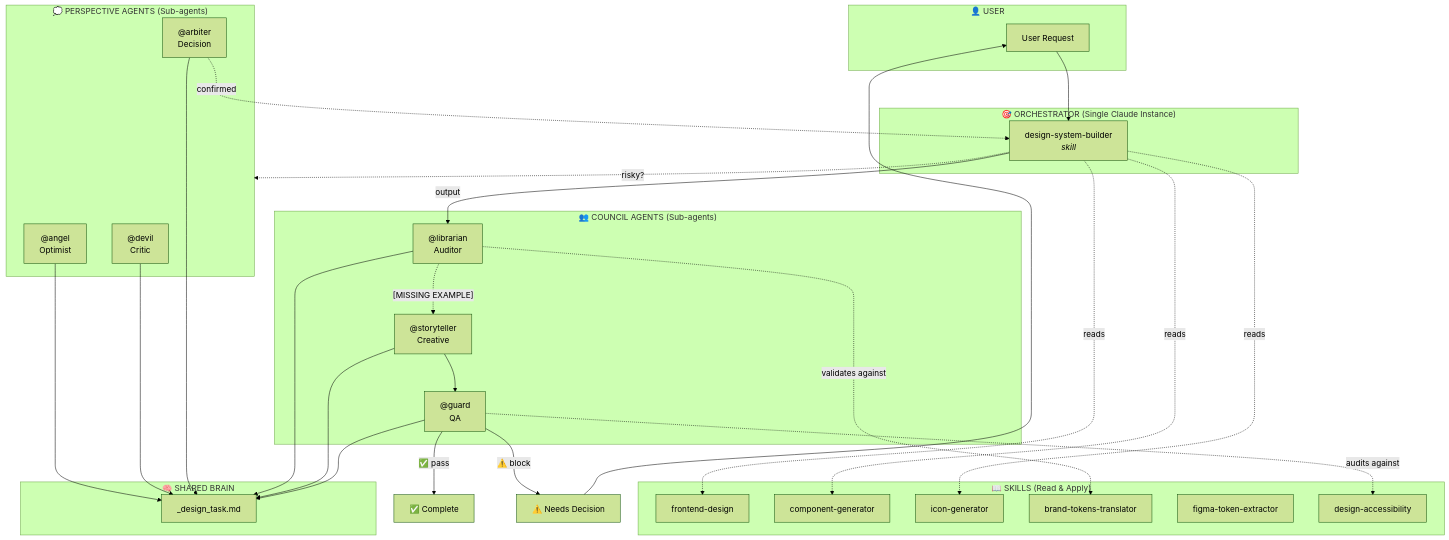
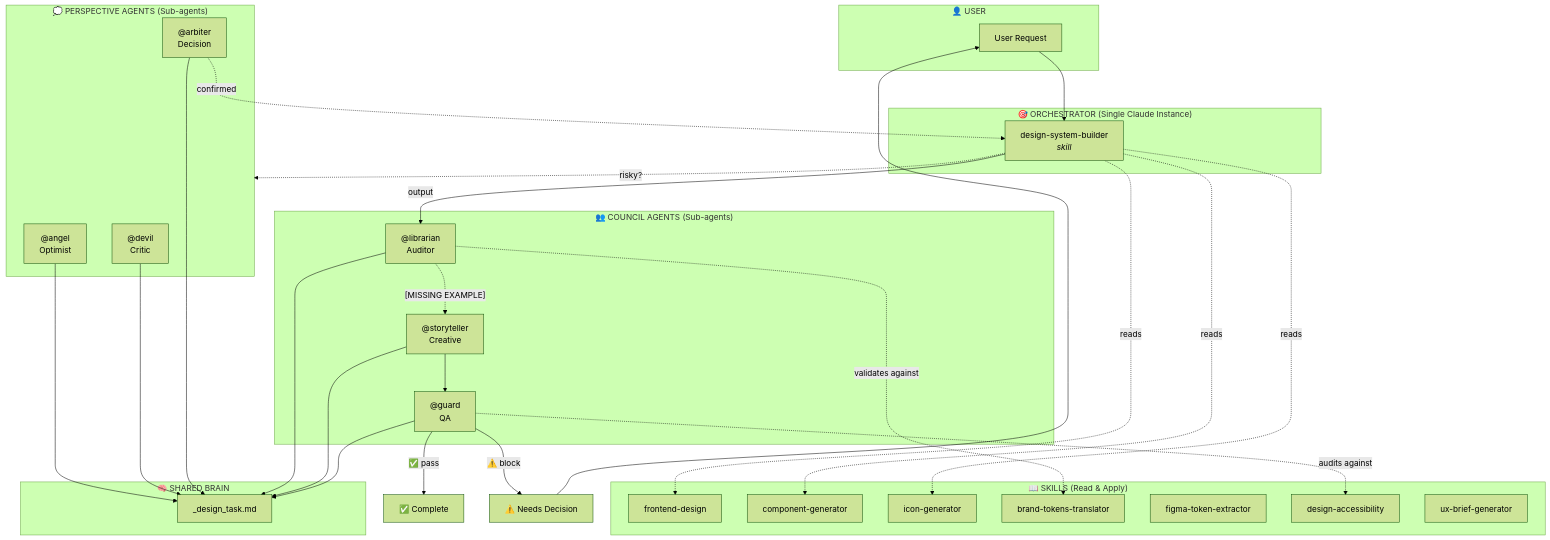
One commit to UXLana/Lumen changed the diagram in .claude/docs/agentic-architecture.md. Above: the diagram before and after it, drawn with Mermaid (forest theme). The commit also changed other lines of this file and 110 other files, not shown here.

````diff
--- a/.claude/docs/agentic-architecture.md
+++ b/.claude/docs/agentic-architecture.md
@@ -12,58 +12,59 @@
 ```mermaid
 flowchart TB
     subgraph User["👤 USER"]
         U["User Request"]
     end
 
     subgraph Orchestration["🎯 ORCHESTRATOR (Single Claude Instance)"]
         B["design-system-builder<br/><i>skill</i>"]
     end
 
     subgraph Skills["📖 SKILLS (Read & Apply)"]
         FD["frontend-design"]
         CG["component-generator"]
         IG["icon-generator"]
         BT["brand-tokens-translator"]
         FTE["figma-token-extractor"]
         DA["design-accessibility"]
+        UBG["ux-brief-generator"]
     end
 
     subgraph Perspectives["💭 PERSPECTIVE AGENTS (Sub-agents)"]
         A["@angel<br/>Optimist"]
         D["@devil<br/>Critic"]
         R["@arbiter<br/>Decision"]
     end
 
     subgraph Council["👥 COUNCIL AGENTS (Sub-agents)"]
         L["@librarian<br/>Auditor"]
         S["@storyteller<br/>Creative"]
         G["@guard<br/>QA"]
     end
 
     subgraph State["🧠 SHARED BRAIN"]
         TF["_design_task.md"]
     end
 
     U --> B
     B -.->|"reads"| FD & CG & IG
     B -.->|"risky?"| Perspectives
 
     A --> TF
     D --> TF
     R --> TF
     R -.->|"confirmed"| B
 
     B -->|"output"| L
     L -.->|"validates against"| BT
     L --> TF
     L -.->|"[MISSING EXAMPLE]"| S
 
     S --> TF
     S --> G
 
     G -.->|"audits against"| DA
     G --> TF
     G -->|"✅ pass"| Complete["✅ Complete"]
     G -->|"⚠️ block"| Decision["⚠️ Needs Decision"]
     Decision --> U
 ```
````
